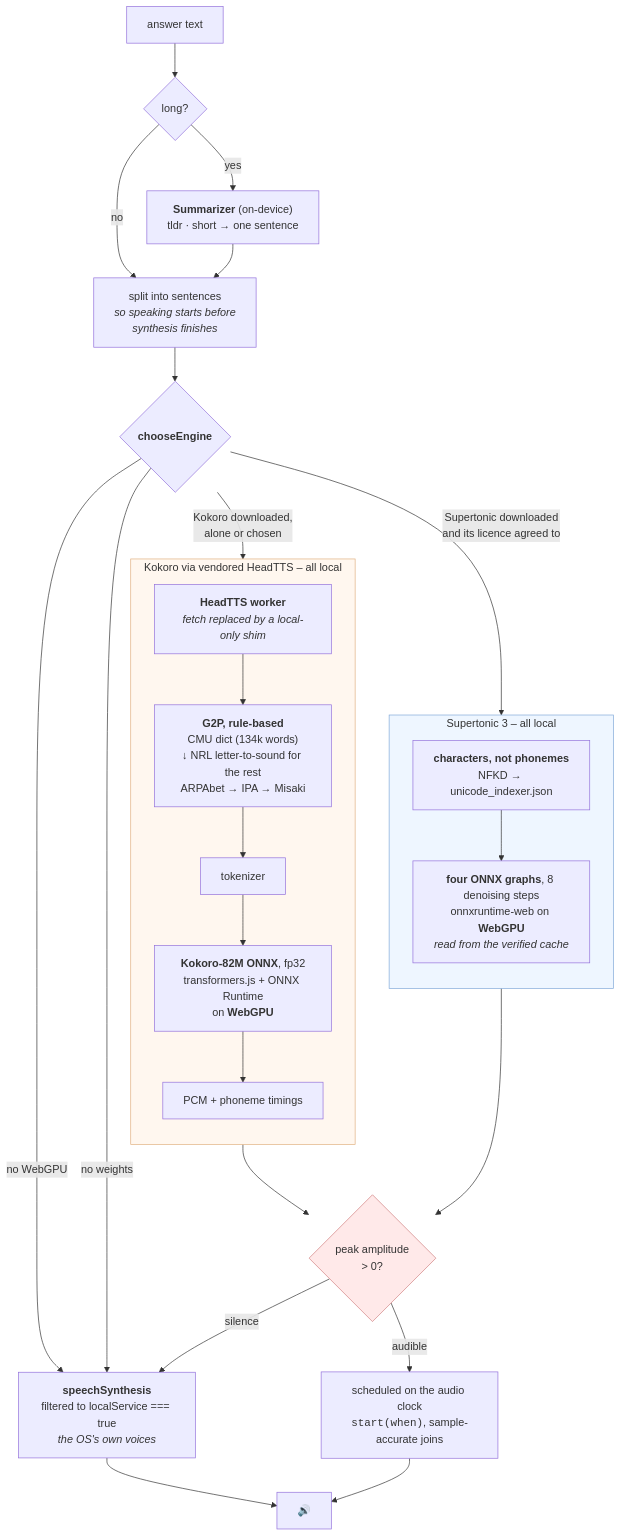
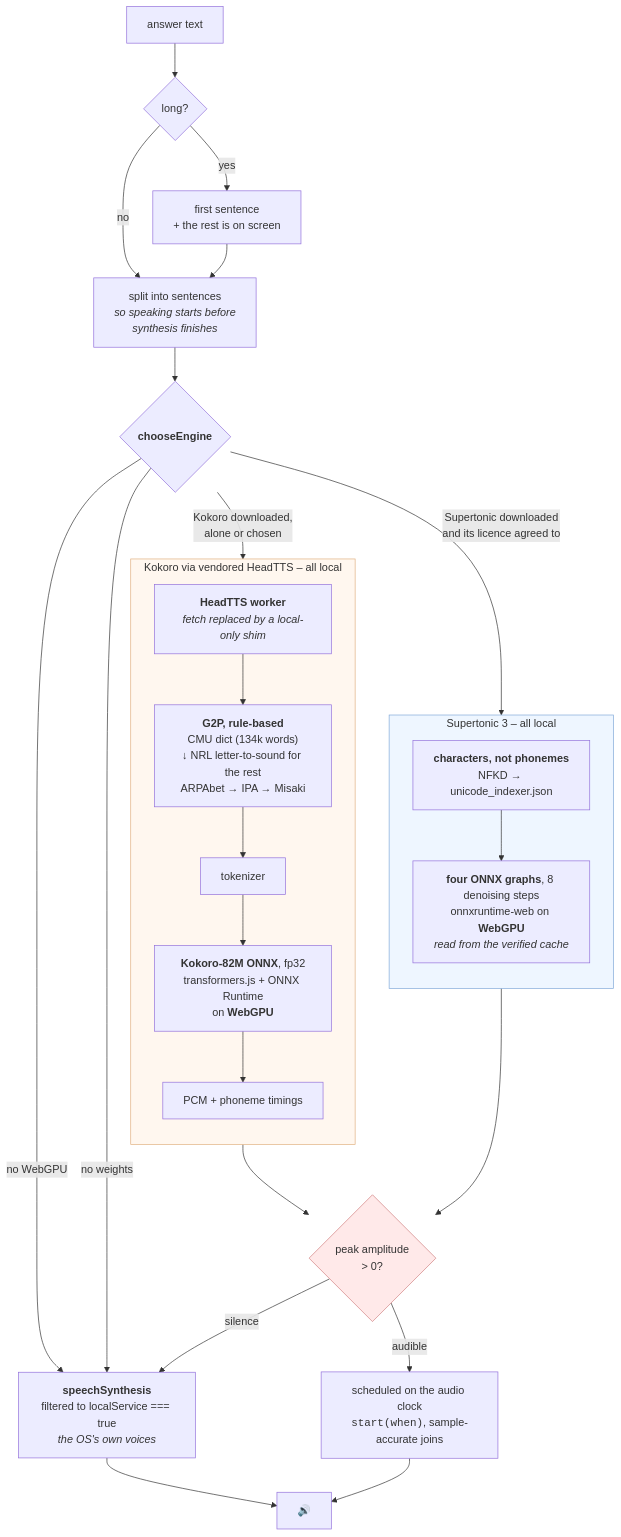
Before and after one commit to openposse-org/openposse-extension: the fourth of 5 diagrams in README.md, drawn with Mermaid. The commit also changed other lines of this file, not shown here.

Commit message:
wip: the README describes long answers as they are spoken now – the first sentence and "the rest is on screen" – rather than through the Summarizer removed on 13 October

````diff
--- a/README.md
+++ b/README.md
@@ -274,42 +277,42 @@
 ```mermaid
 flowchart TB
     TXT["answer text"] --> SUM{"long?"}
-    SUM -->|yes| SU["<b>Summarizer</b> (on-device)<br/>tldr · short → one sentence"]
+    SUM -->|yes| SU["first sentence<br/>+ the rest is on screen"]
     SUM -->|no| SPLIT
     SU --> SPLIT["split into sentences<br/><i>so speaking starts before<br/>synthesis finishes</i>"]
 
     SPLIT --> GATE{"<b>chooseEngine</b>"}
     GATE -->|"no WebGPU"| SYS
     GATE -->|"no weights"| SYS
     GATE -->|"Supertonic downloaded<br/>and its licence agreed to"| UNI
     GATE -->|"Kokoro downloaded,<br/>alone or chosen"| HT
 
     SYS["<b>speechSynthesis</b><br/>filtered to localService === true<br/><i>the OS's own voices</i>"] --> OUT
 
     subgraph supertonic["Supertonic 3 – all local"]
         direction TB
         UNI["<b>characters, not phonemes</b><br/>NFKD → unicode_indexer.json"]
         GRAPHS["<b>four ONNX graphs</b>, 8 denoising steps<br/>onnxruntime-web on <b>WebGPU</b><br/><i>read from the verified cache</i>"]
         UNI --> GRAPHS
     end
     GRAPHS --> CHK
 
     subgraph kokoro["Kokoro via vendored HeadTTS – all local"]
         direction TB
         HT["<b>HeadTTS worker</b><br/><i>fetch replaced by a local-only shim</i>"]
         G2P["<b>G2P, rule-based</b><br/>CMU dict (134k words)<br/>↓ NRL letter-to-sound for the rest<br/>ARPAbet → IPA → Misaki"]
         TOK["tokenizer"]
         ONNX["<b>Kokoro-82M ONNX</b>, fp32<br/>transformers.js + ONNX Runtime<br/>on <b>WebGPU</b>"]
         PCM["PCM + phoneme timings"]
         HT --> G2P --> TOK --> ONNX --> PCM
     end
 
     PCM --> CHK{"peak amplitude<br/>> 0?"}
     CHK -->|"silence"| SYS
     CHK -->|"audible"| SCH["scheduled on the audio clock<br/><code>start(when)</code>, sample-accurate joins"]
     SCH --> OUT["🔊"]
 
     style supertonic fill:#eef6ff,stroke:#80a8d8
     style kokoro fill:#fff7ef,stroke:#e0b080
     style CHK fill:#ffe9e9,stroke:#d08080
 ```
````
